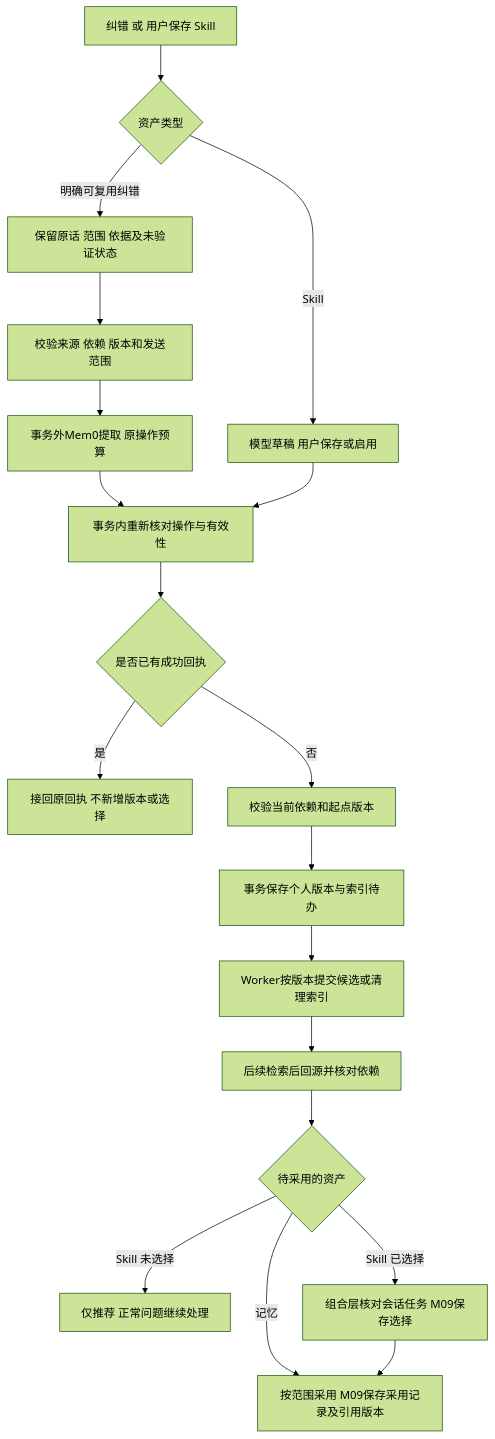
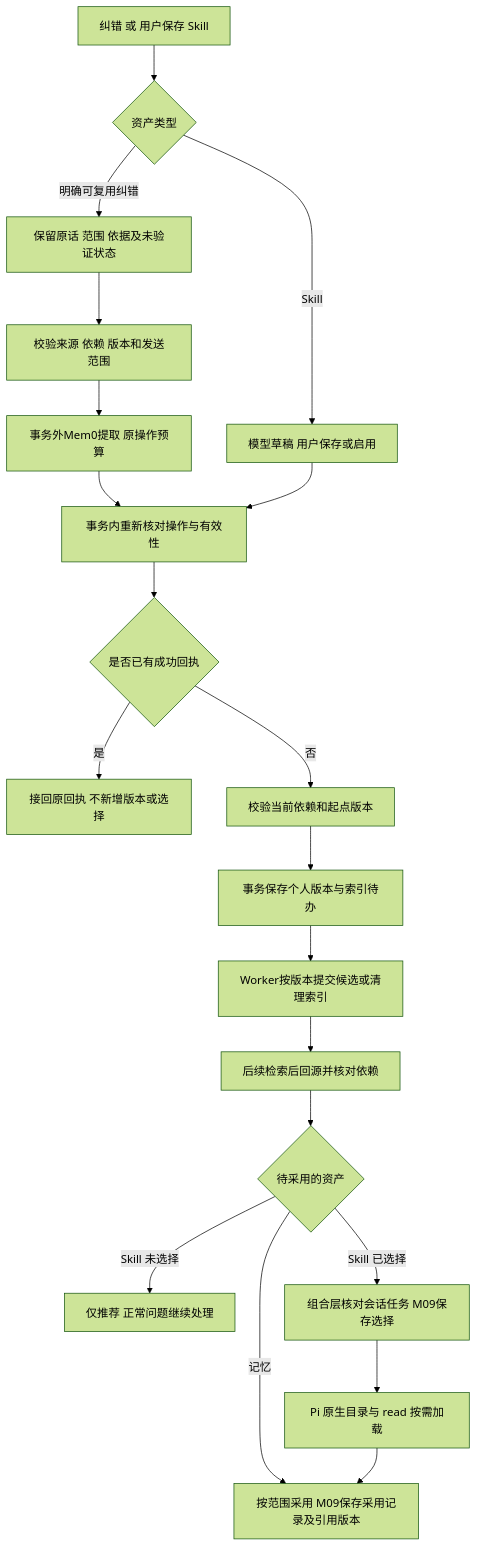
The tenth of 11 diagrams in docs/architecture/knowledge-modules.md (yaoziyaoguai/data_agent), drawn with Mermaid (forest theme) before and after one commit. The commit also changed other lines of this file and 113 other files, not shown here.

````diff
--- a/docs/architecture/knowledge-modules.md
+++ b/docs/architecture/knowledge-modules.md
@@ -438,21 +448,22 @@
 ```mermaid
 flowchart TD
     A[纠错 或 用户保存 Skill] --> B{资产类型}
     B -->|明确可复用纠错| C[保留原话 范围 依据及未验证状态]
     B -->|Skill| D[模型草稿 用户保存或启用]
     C --> Pre[校验来源 依赖 版本和发送范围]
     Pre --> Extract[事务外Mem0提取 原操作预算]
     Extract --> O[事务内重新核对操作与有效性]
     D --> O
     O --> P{是否已有成功回执}
     P -->|是| R[接回原回执 不新增版本或选择]
     P -->|否| V[校验当前依赖和起点版本]
     V --> E[事务保存个人版本与索引待办]
     E --> Commit[Worker按版本提交候选或清理索引]
     Commit --> F[后续检索后回源并核对依赖]
     F --> G{待采用的资产}
     G -->|Skill 未选择| H[仅推荐 正常问题继续处理]
     G -->|Skill 已选择| J[组合层核对会话任务 M09保存选择]
     G -->|记忆| I[按范围采用 M09保存采用记录及引用版本]
-    J --> I
+    J --> Native[Pi 原生目录与 read 按需加载]
+    Native --> I
 ```
````
